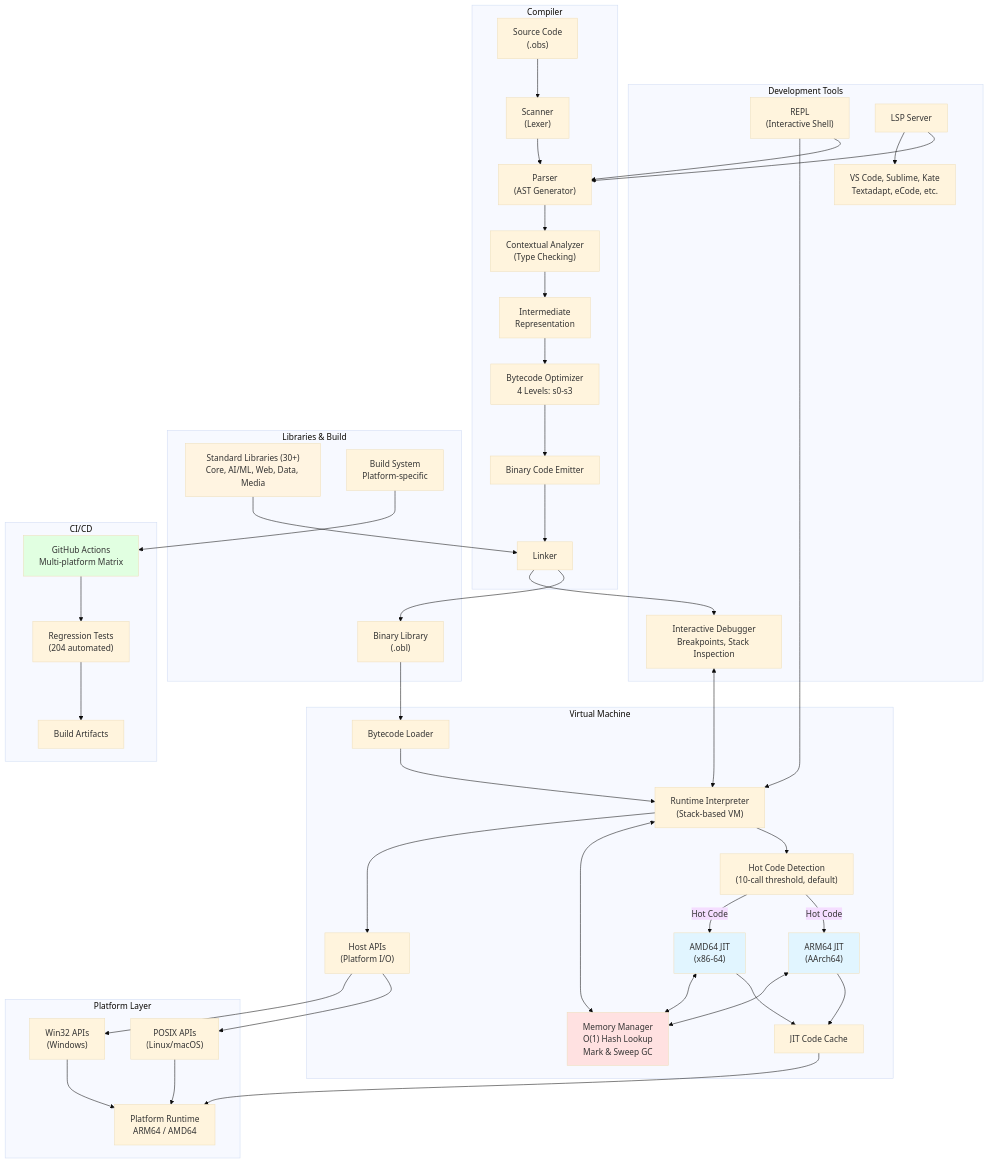
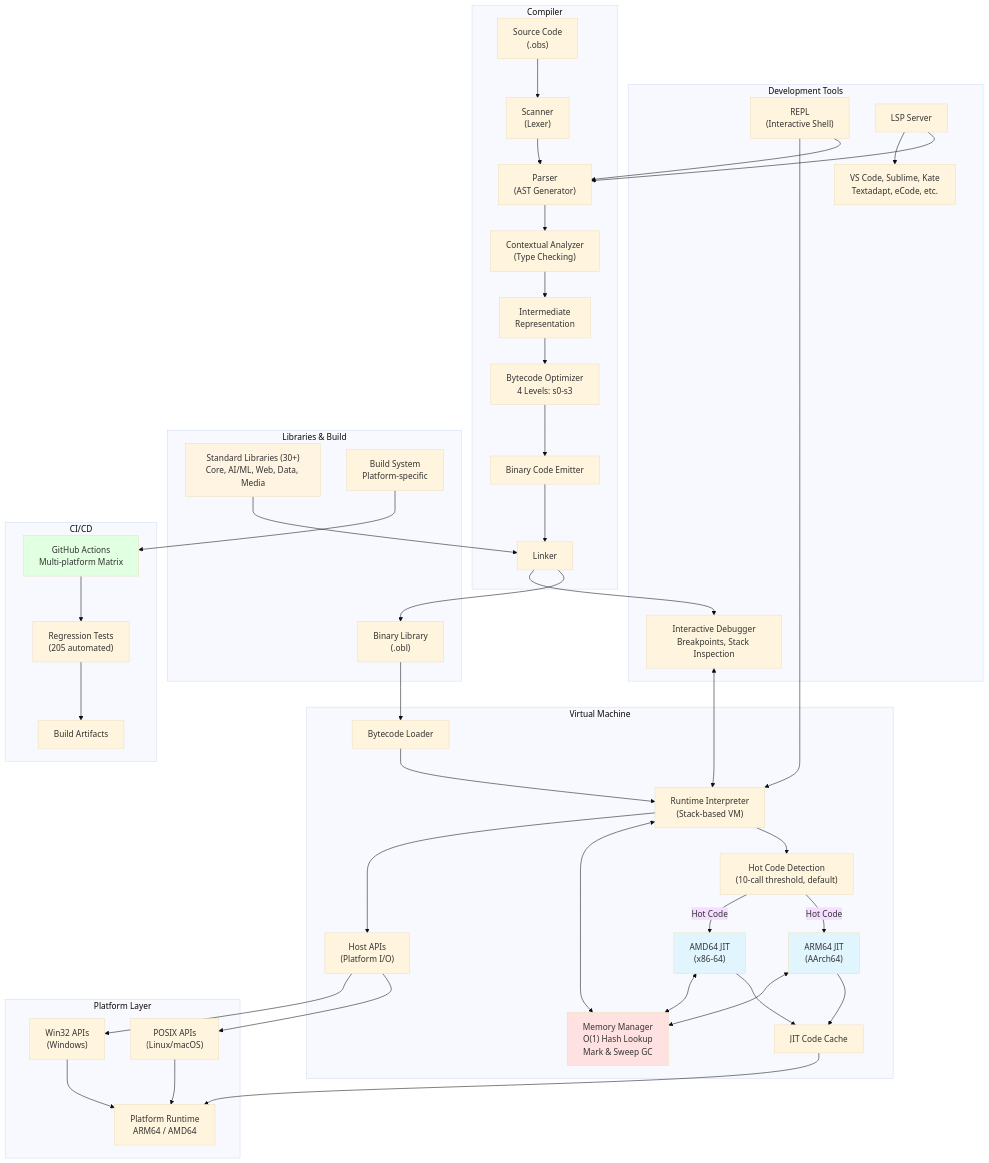
The first of 27 diagrams in docs/architecture.md (objeck/objeck-lang), drawn with Mermaid (base theme) before and after one commit. The commit also changed other lines of this file and 8 other files, not shown here.

```diff
--- a/docs/architecture.md
+++ b/docs/architecture.md
@@ -70,7 +70,7 @@
 
     subgraph "CI/CD"
         GHA["GitHub Actions<br/>Multi-platform Matrix"]
-        Tests["Regression Tests<br/>(204 automated)"]
+        Tests["Regression Tests<br/>(205 automated)"]
         Artifacts["Build Artifacts"]
     end
 
```
